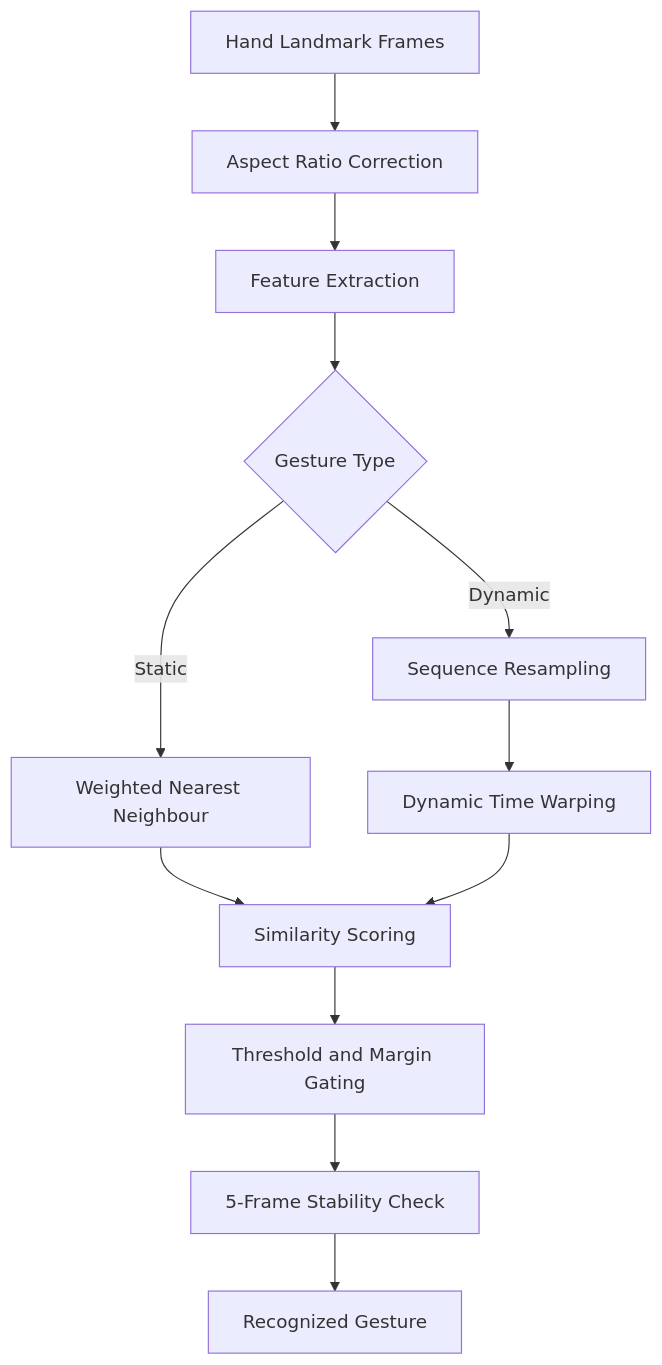
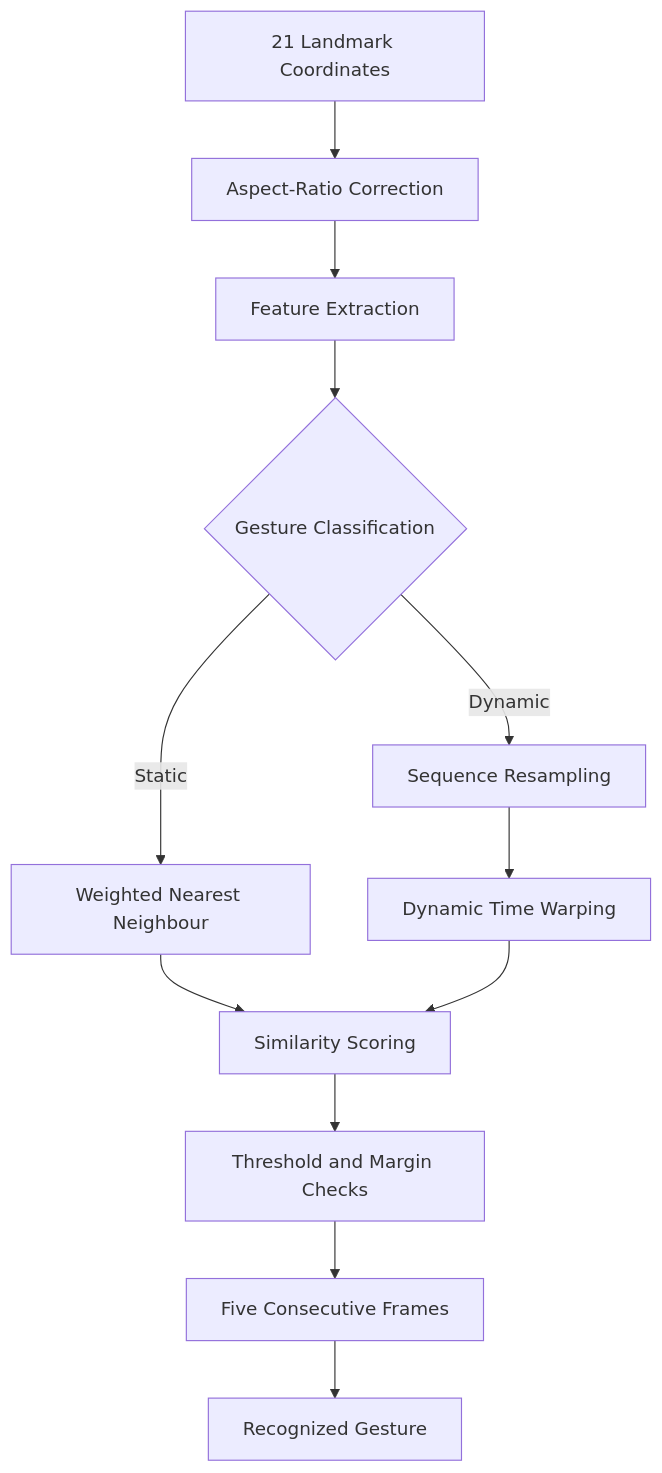
Before and after one commit to Ab40D/NEUROHAND: the second of 2 diagrams in README.md, drawn with Mermaid. The commit also changed other lines of this file, not shown here.

````diff
--- a/README.md
+++ b/README.md
@@ -285,14 +209,17 @@
 ```mermaid
 flowchart TD
-    A[Hand Landmark Frames] --> B[Aspect Ratio Correction]
-    B --> C[Feature Extraction]
-    C --> D{Gesture Type}
-    D -->|Static| E[Weighted Nearest Neighbour]
-    D -->|Dynamic| F[Sequence Resampling]
-    F --> G[Dynamic Time Warping]
-    E --> H[Similarity Scoring]
+    A["21 Landmark Coordinates"] --> B["Aspect-Ratio Correction"]
+    B --> C["Feature Extraction"]
+    C --> D{"Gesture Classification"}
+
+    D -->|Static| E["Weighted Nearest Neighbour"]
+    D -->|Dynamic| F["Sequence Resampling"]
+
+    F --> G["Dynamic Time Warping"]
+    E --> H["Similarity Scoring"]
     G --> H
-    H --> I[Threshold and Margin Gating]
-    I --> J[5-Frame Stability Check]
-    J --> K[Recognized Gesture]
+
+    H --> I["Threshold and Margin Checks"]
+    I --> J["Five Consecutive Frames"]
+    J --> K["Recognized Gesture"]
 ```
````
